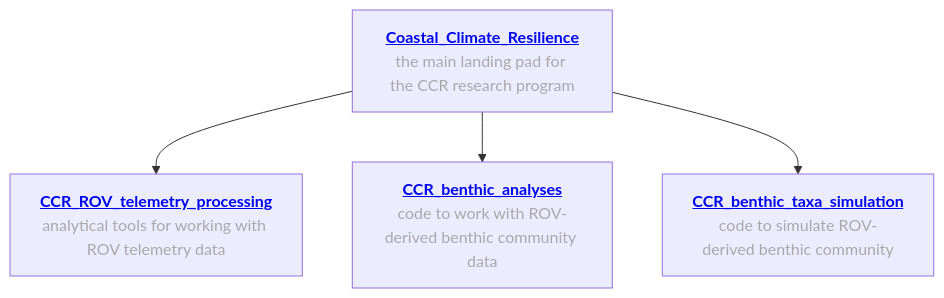
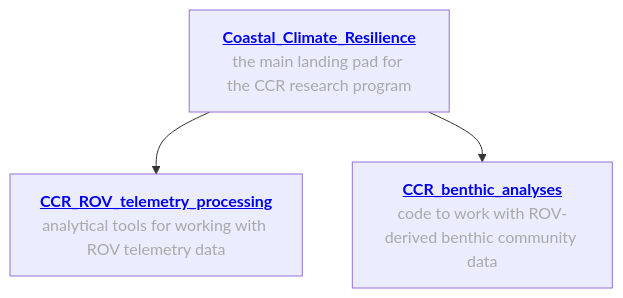
Before and after one commit to Seattle-Aquarium/CCR_ROV_survey_methods: the first of 2 diagrams in README.md, drawn with Mermaid. The commit also changed other lines of this file, not shown here.

````diff
--- a/README.md
+++ b/README.md
@@ -11,11 +15,11 @@
 ```mermaid
 graph TD
 
 A["<a href='https://github.com/Seattle-Aquarium/Coastal_Climate_Resilience' target='_blank' style='font-size: 16px; font-weight: bold;'>Coastal_Climate_Resilience</a><br><font color='darkgray'>the main landing pad for the CCR research program</font>"]
 
 A --> E["<a href='https://github.com/Seattle-Aquarium/CCR_analytical_resources' target='_blank' style='font-size: 16px; font-weight: bold;'>CCR_ROV_telemetry_processing</a><br><font color='darkgray'>analytical tools for working with ROV telemetry data</font>"]
 
 A --> F["<a href='https://github.com/Seattle-Aquarium/CCR_benthic_analyses' target='_blank' style='font-size: 16px; font-weight: bold;'>CCR_benthic_analyses</a><br><font color='darkgray'>code to work with ROV-derived benthic community data</font>"]
 
-A --> G["<a href='https://github.com/Seattle-Aquarium/CCR_benthic_taxa_simulation' target='_blank' style='font-size: 16px; font-weight: bold;'>CCR_benthic_taxa_simulation</a><br><font color='darkgray'>code to simulate ROV-derived benthic community</font>"]
+
 ```
````
